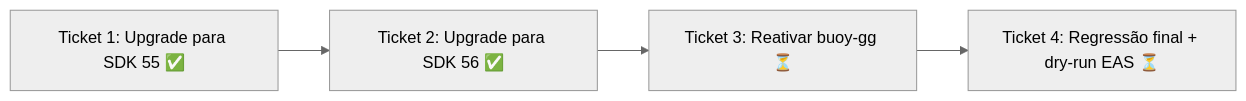
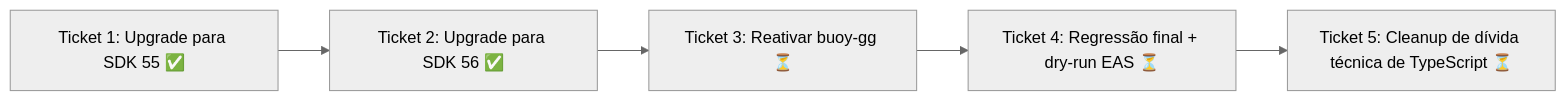
Before and after one commit to oikos-circular-environment/mobile: the diagram in plans/epic-1-sdk-upgrade/tickets.md, drawn with Mermaid (neutral theme). The commit also changed other lines of this file, not shown here.

First line of the commit message:
docs: adiciona Ticket 5 - dividas tecnicas de TypeScript (85 erros pre-existentes)

````diff
--- a/plans/epic-1-sdk-upgrade/tickets.md
+++ b/plans/epic-1-sdk-upgrade/tickets.md
@@ -3,6 +3,7 @@
 ```mermaid
 graph LR
     T1[Ticket 1: Upgrade para SDK 55 ✅] --> T2[Ticket 2: Upgrade para SDK 56 ✅]
     T2 --> T3[Ticket 3: Reativar buoy-gg ⏳]
     T3 --> T4[Ticket 4: Regressão final + dry-run EAS ⏳]
+    T4 --> T5[Ticket 5: Cleanup de dívida técnica de TypeScript ⏳]
 ```
````
